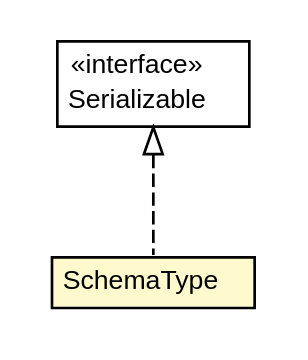
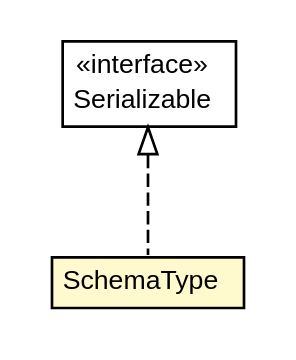
Before and after one commit to trajano/doxdb: the diagram in doxdb-core/apidocs/net/trajano/doxdb/schema/SchemaType.dot, drawn with Graphviz. The commit also changed 257 other files, not shown here.

```diff
--- a/doxdb-core/apidocs/net/trajano/doxdb/schema/SchemaType.dot
+++ b/doxdb-core/apidocs/net/trajano/doxdb/schema/SchemaType.dot
@@ -1,27 +1,27 @@
 #!/usr/local/bin/dot
 #
 # Class diagram 
 # Generated by UMLGraph version R5_6-24-gf6e263 (http://www.umlgraph.org/)
 #
 
 digraph G {
-	edge [fontname="Helvetica",fontsize=10,labelfontname="Helvetica",labelfontsize=10];
-	node [fontname="Helvetica",fontsize=10,shape=plaintext];
+	edge [fontname="arial",fontsize=10,labelfontname="arial",labelfontsize=10];
+	node [fontname="arial",fontsize=10,shape=plaintext];
 	nodesep=0.25;
 	ranksep=0.5;
 	// net.trajano.doxdb.schema.SchemaType
-	c531 [label=<<table title="net.trajano.doxdb.schema.SchemaType" border="0" cellborder="1" cellspacing="0" cellpadding="2" port="p" bgcolor="lemonChiffon" href="./SchemaType.html">
+	c576 [label=<<table title="net.trajano.doxdb.schema.SchemaType" border="0" cellborder="1" cellspacing="0" cellpadding="2" port="p" bgcolor="lemonChiffon" href="./SchemaType.html">
 		<tr><td><table border="0" cellspacing="0" cellpadding="1">
 <tr><td align="center" balign="center"> SchemaType </td></tr>
 		</table></td></tr>
-		</table>>, URL="./SchemaType.html", fontname="Helvetica", fontcolor="black", fontsize=10.0];
+		</table>>, URL="./SchemaType.html", fontname="arial", fontcolor="black", fontsize=10.0];
 	//net.trajano.doxdb.schema.SchemaType implements java.io.Serializable
-	c535:p -> c531:p [dir=back,arrowtail=empty,style=dashed];
+	c582:p -> c576:p [dir=back,arrowtail=empty,style=dashed];
 	// java.io.Serializable
-	c535 [label=<<table title="java.io.Serializable" border="0" cellborder="1" cellspacing="0" cellpadding="2" port="p" href="http://java.sun.com/j2se/1.4.2/docs/api/java/io/Serializable.html">
+	c582 [label=<<table title="java.io.Serializable" border="0" cellborder="1" cellspacing="0" cellpadding="2" port="p" href="http://java.sun.com/j2se/1.4.2/docs/api/java/io/Serializable.html">
 		<tr><td><table border="0" cellspacing="0" cellpadding="1">
 <tr><td align="center" balign="center"> &#171;interface&#187; </td></tr>
 <tr><td align="center" balign="center"> Serializable </td></tr>
 		</table></td></tr>
-		</table>>, URL="http://java.sun.com/j2se/1.4.2/docs/api/java/io/Serializable.html", fontname="Helvetica", fontcolor="black", fontsize=10.0];
+		</table>>, URL="http://java.sun.com/j2se/1.4.2/docs/api/java/io/Serializable.html", fontname="arial", fontcolor="black", fontsize=10.0];
 }
```
